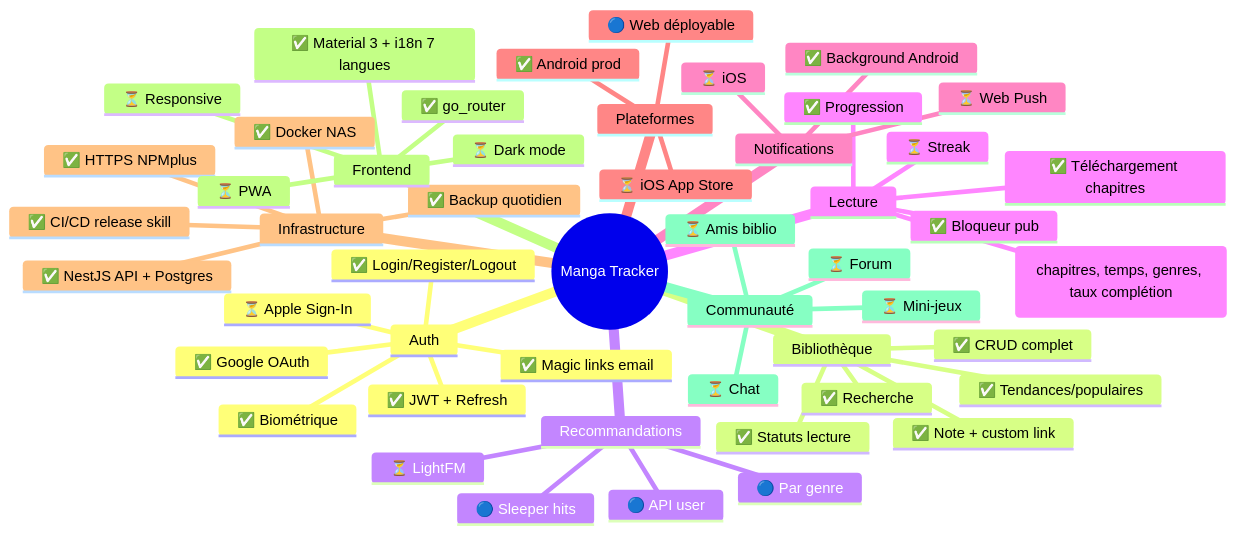
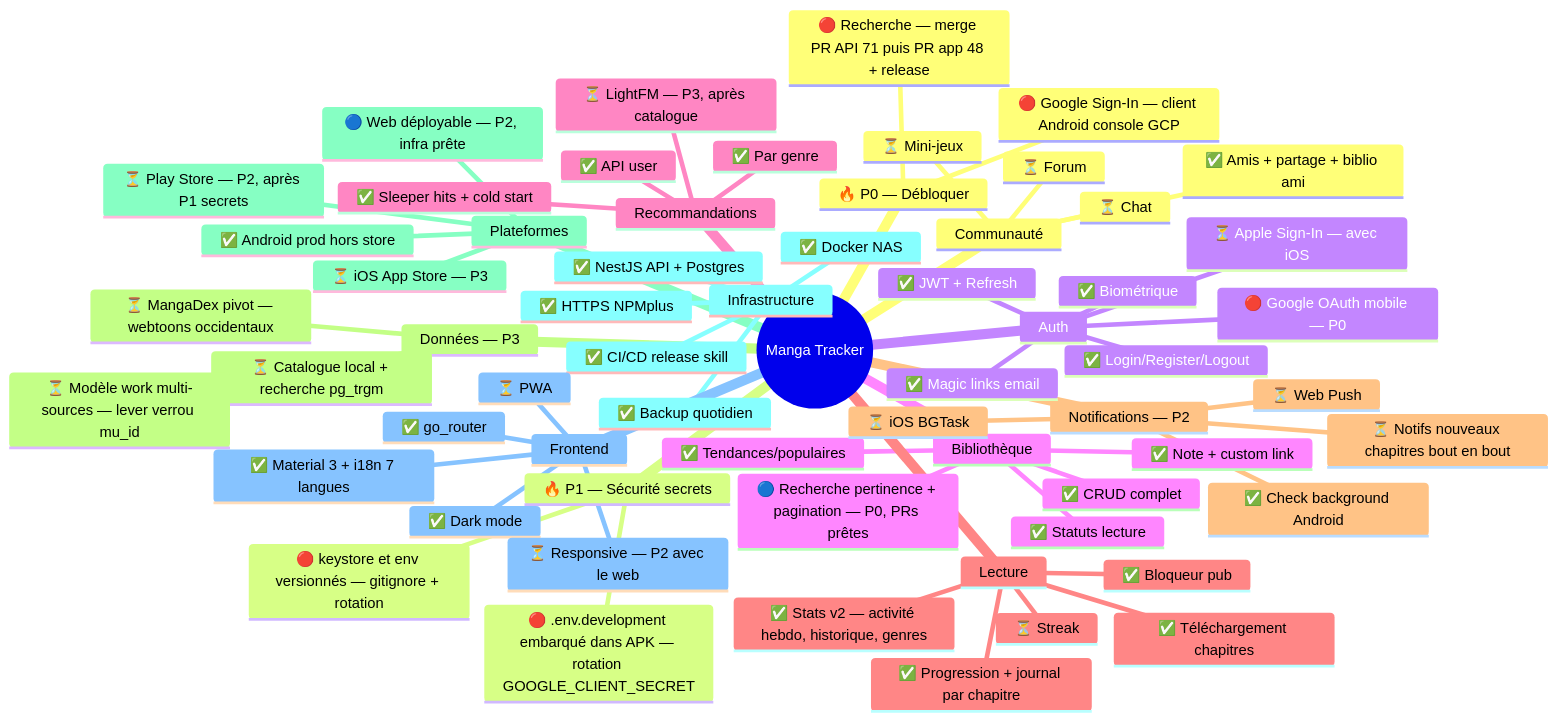
One commit to BladeBuru/manga_tracker changed the diagram in .claude/memory-bank/roadmap.md. Above: the diagram before and after it, drawn with Mermaid. The commit also changed other lines of this file and 31 other files, not shown here.

First line of the commit message:
fix(search,auth): recherche pertinente et paginee + connexion Google fiabilisee (#48) [bump minor]

````diff
--- a/.claude/memory-bank/roadmap.md
+++ b/.claude/memory-bank/roadmap.md
@@ -297,53 +330,65 @@
 ```mermaid
 mindmap
   root((Manga Tracker))
+    🔥 P0 — Débloquer
+      🔴 Google Sign-In — client Android console GCP
+      🔴 Recherche — merge PR API 71 puis PR app 48 + release
+    🔥 P1 — Sécurité secrets
+      🔴 .env.development embarqué dans APK — rotation GOOGLE_CLIENT_SECRET
+      🔴 keystore et env versionnés — gitignore + rotation
     Auth
       ✅ Login/Register/Logout
       ✅ JWT + Refresh
       ✅ Biométrique
-      ✅ Google OAuth
+      🔴 Google OAuth mobile — P0
       ✅ Magic links email
-      ⏳ Apple Sign-In
+      ⏳ Apple Sign-In — avec iOS
     Bibliothèque
       ✅ CRUD complet
       ✅ Statuts lecture
       ✅ Note + custom link
-      ✅ Recherche
+      🔵 Recherche pertinence + pagination — P0, PRs prêtes
       ✅ Tendances/populaires
     Recommandations
-      🔵 API user
-      🔵 Par genre
-      🔵 Sleeper hits
-      ⏳ LightFM
+      ✅ API user
+      ✅ Par genre
+      ✅ Sleeper hits + cold start
+      ⏳ LightFM — P3, après catalogue
     Lecture
-      ✅ Progression
+      ✅ Progression + journal par chapitre
       ✅ Téléchargement chapitres
       ✅ Bloqueur pub
-      ✅ Stats (chapitres, temps, genres, taux complétion)
+      ✅ Stats v2 — activité hebdo, historique, genres
       ⏳ Streak
-    Notifications
-      ✅ Background Android
-      ⏳ iOS
+    Notifications — P2
+      ✅ Check background Android
+      ⏳ Notifs nouveaux chapitres bout en bout
+      ⏳ iOS BGTask
       ⏳ Web Push
+    Données — P3
+      ⏳ Catalogue local + recherche pg_trgm
+      ⏳ Modèle work multi-sources — lever verrou mu_id
+      ⏳ MangaDex pivot — webtoons occidentaux
     Plateformes
-      ✅ Android prod
-      🔵 Web déployable
-      ⏳ iOS App Store
+      ✅ Android prod hors store
+      ⏳ Play Store — P2, après P1 secrets
+      🔵 Web déployable — P2, infra prête
+      ⏳ iOS App Store — P3
     Infrastructure
       ✅ NestJS API + Postgres
       ✅ Docker NAS
       ✅ Backup quotidien
       ✅ HTTPS NPMplus
       ✅ CI/CD release skill
     Frontend
       ✅ Material 3 + i18n 7 langues
       ✅ go_router
-      ⏳ Dark mode
-      ⏳ Responsive
+      ✅ Dark mode
+      ⏳ Responsive — P2 avec le web
       ⏳ PWA
     Communauté
+      ✅ Amis + partage + biblio ami
       ⏳ Forum
       ⏳ Chat
       ⏳ Mini-jeux
-      ⏳ Amis biblio
 ```
````
